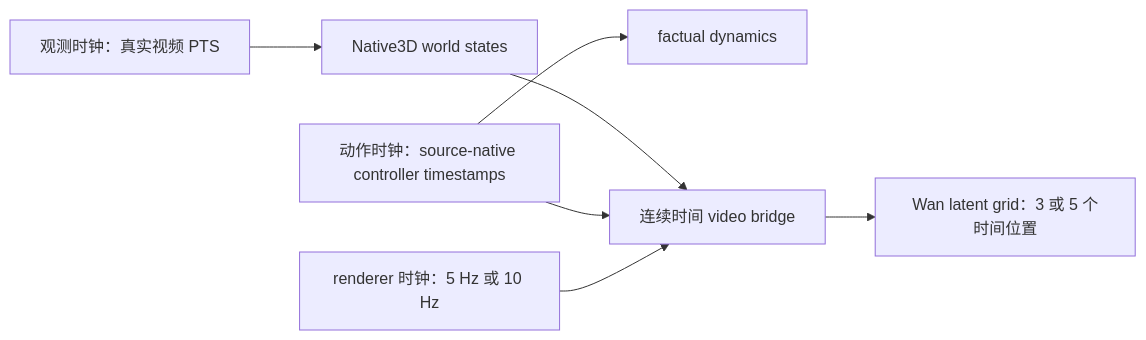
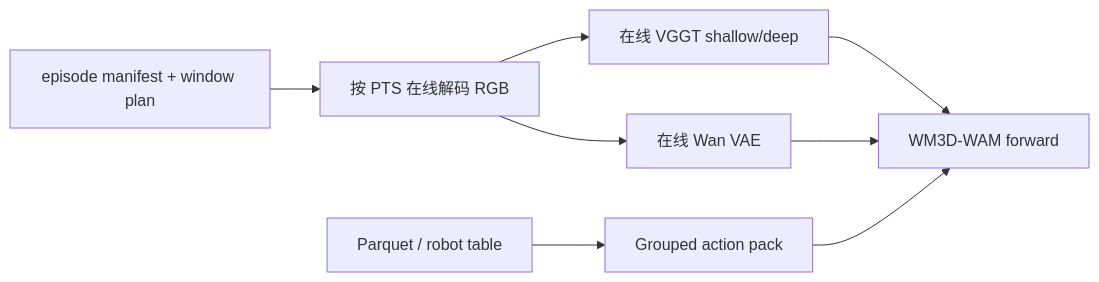
Before and after one commit to wxqnl/WM3D-WAM: the first of 2 diagrams in docs/WM3D_WAM_V1_DESIGN.md, drawn with Mermaid. The commit also changed other lines of this file and 1 other file, not shown here.

Commit message:
docs: integrate online VGGT and Wan action expert

````diff
--- a/docs/WM3D_WAM_V1_DESIGN.md
+++ b/docs/WM3D_WAM_V1_DESIGN.md
@@ -154,9 +420,10 @@
-```mermaid
+~~~mermaid
 flowchart LR
-  O["观测时钟：真实视频 PTS"] --> W["Native3D world states"]
-  A["动作时钟：source-native controller timestamps"] --> D["factual dynamics"]
-  W --> B["连续时间 video bridge"]
-  A --> B
-  V["renderer 时钟：5 Hz 或 10 Hz"] --> B
-  B --> R["Wan latent grid：3 或 5 个时间位置"]
-```
+  M["episode manifest + window plan"] --> D["按 PTS 在线解码 RGB"]
+  D --> V["在线 VGGT shallow/deep"]
+  D --> E["在线 Wan VAE"]
+  R["Parquet / robot table"] --> A["Grouped action pack"]
+  V --> S["WM3D-WAM forward"]
+  E --> S
+  A --> S
+~~~
````
